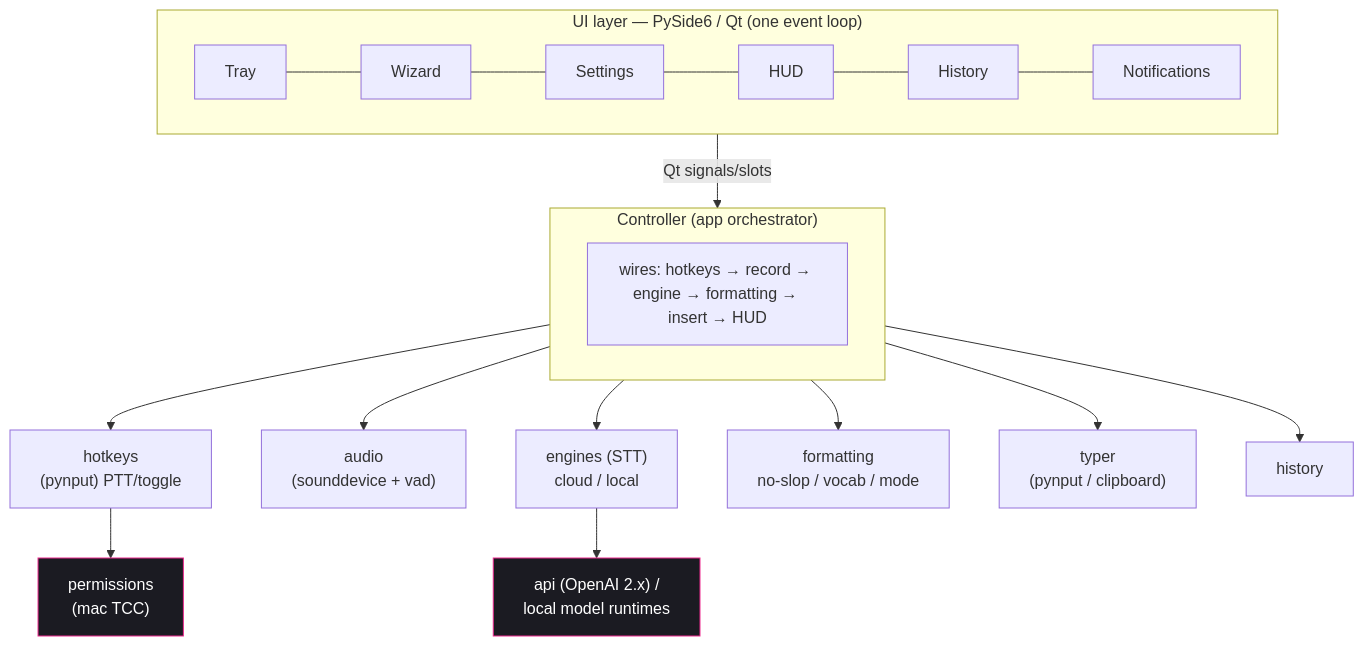
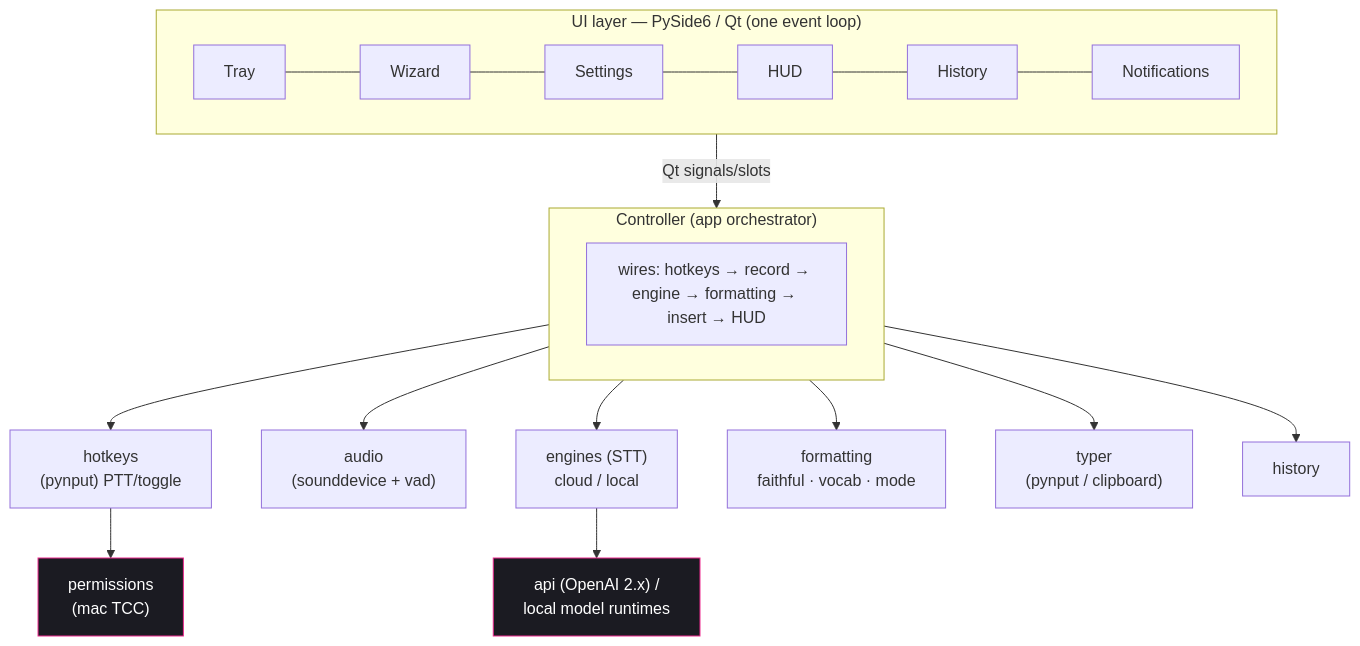
The first of 3 diagrams in README.md (romiteld/yapper), drawn with Mermaid before and after one commit. The commit also changed other lines of this file and 11 other files, not shown here.

Commit message:
docs: reword 'AI slop' → 'faithful, never reworded' across README, architecture, and code comments

````diff
--- a/README.md
+++ b/README.md
@@ -37,22 +37,22 @@
 ```mermaid
 flowchart TB
     subgraph UI["UI layer — PySide6 / Qt (one event loop)"]
         tray["Tray"] --- wizard["Wizard"] --- settings["Settings"]
         settings --- hud["HUD"] --- history["History"] --- notif["Notifications"]
     end
     UI -- "Qt signals/slots" --> CTRL
     subgraph CTRL["Controller (app orchestrator)"]
         direction LR
         c["wires: hotkeys → record → engine → formatting → insert → HUD"]
     end
     CTRL --> hotkeys["hotkeys<br/>(pynput) PTT/toggle"]
     CTRL --> audio["audio<br/>(sounddevice + vad)"]
     CTRL --> engines["engines (STT)<br/>cloud / local"]
-    CTRL --> formatting["formatting<br/>no-slop / vocab / mode"]
+    CTRL --> formatting["formatting<br/>faithful · vocab · mode"]
     CTRL --> typer["typer<br/>(pynput / clipboard)"]
     CTRL --> hist["history"]
     hotkeys --> perms["permissions<br/>(mac TCC)"]
     engines --> api["api (OpenAI 2.x) /<br/>local model runtimes"]
     classDef plat fill:#1b1b22,stroke:#ec2a8e,color:#fff;
     class perms,api plat;
 ```
````
